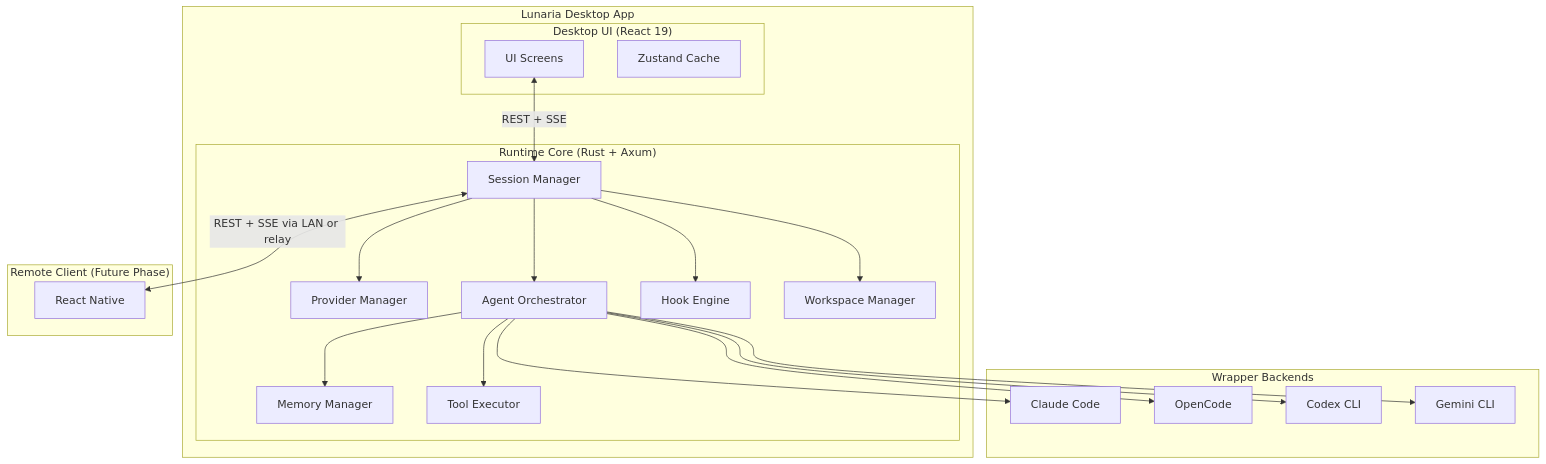
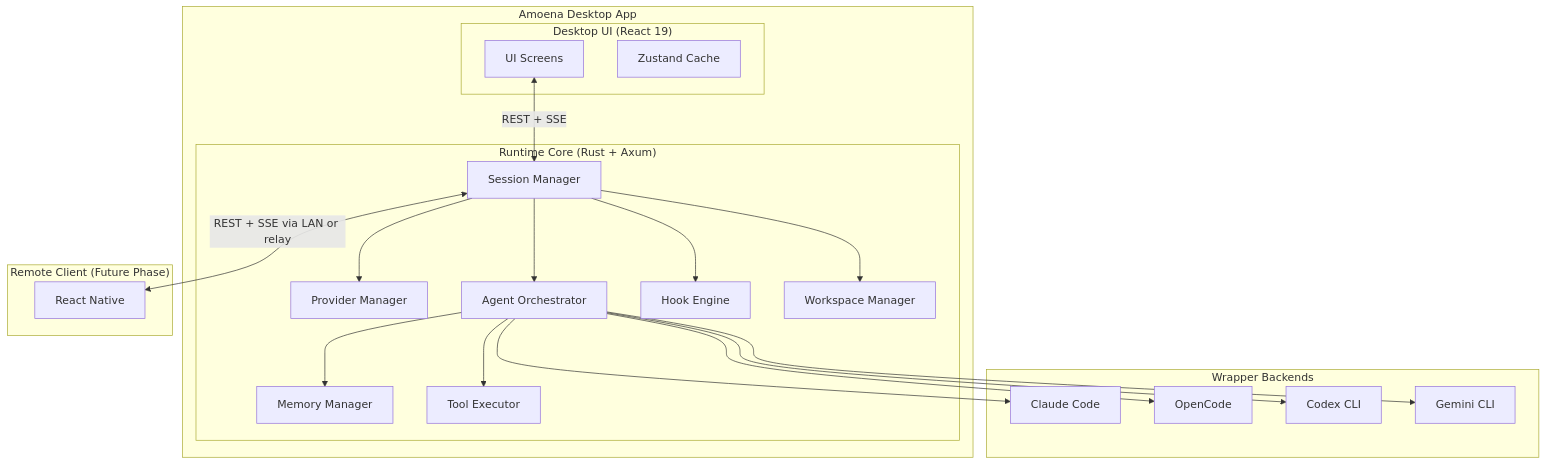
The diagram in docs/architecture/README.md (bloodf/Amoena), drawn with Mermaid before and after one commit. The commit also changed other lines of this file and 648 other files, not shown here.

First line of the commit message:
feat: phase 14 — mobile companion app v1.5, rename lunaria to amoena

````diff
--- a/docs/architecture/README.md
+++ b/docs/architecture/README.md
@@ -21,45 +21,45 @@
 ```mermaid
 graph TB
-    subgraph "Lunaria Desktop App"
+    subgraph "Amoena Desktop App"
         subgraph "Desktop UI (React 19)"
             UI[UI Screens]
             Store[Zustand Cache]
         end
 
         subgraph "Runtime Core (Rust + Axum)"
             SM[Session Manager]
             PM[Provider Manager]
             AO[Agent Orchestrator]
             MM[Memory Manager]
             TE[Tool Executor]
             HE[Hook Engine]
             WM[Workspace Manager]
         end
 
         UI <-->|REST + SSE| SM
         SM --> PM
         SM --> AO
         AO --> MM
         AO --> TE
         SM --> HE
         SM --> WM
     end
 
     subgraph "Wrapper Backends"
         CC[Claude Code]
         OC[OpenCode]
         CX[Codex CLI]
         GM[Gemini CLI]
     end
 
     AO --> CC
     AO --> OC
     AO --> CX
     AO --> GM
 
     subgraph "Remote Client (Future Phase)"
         Mobile[React Native]
     end
 
     SM <-->|REST + SSE via LAN or relay| Mobile
 ```
````
